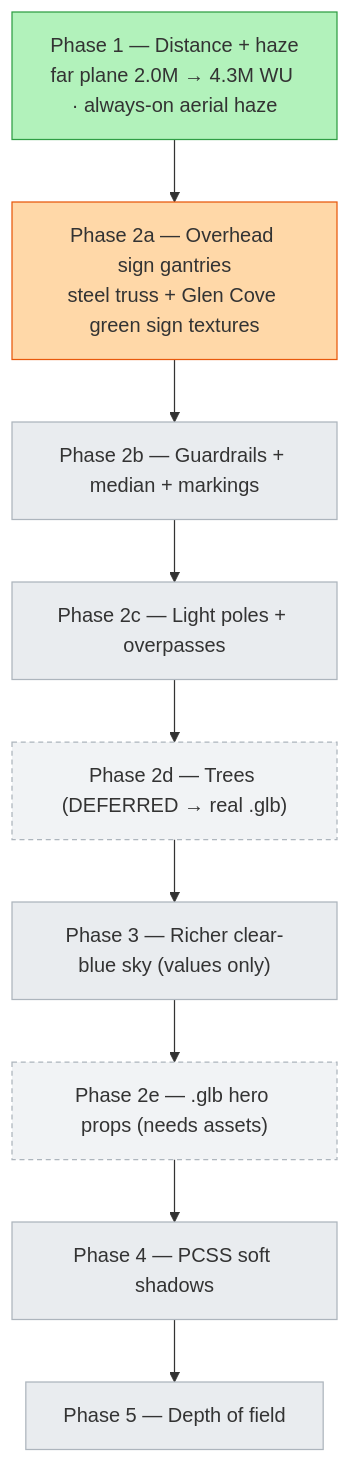
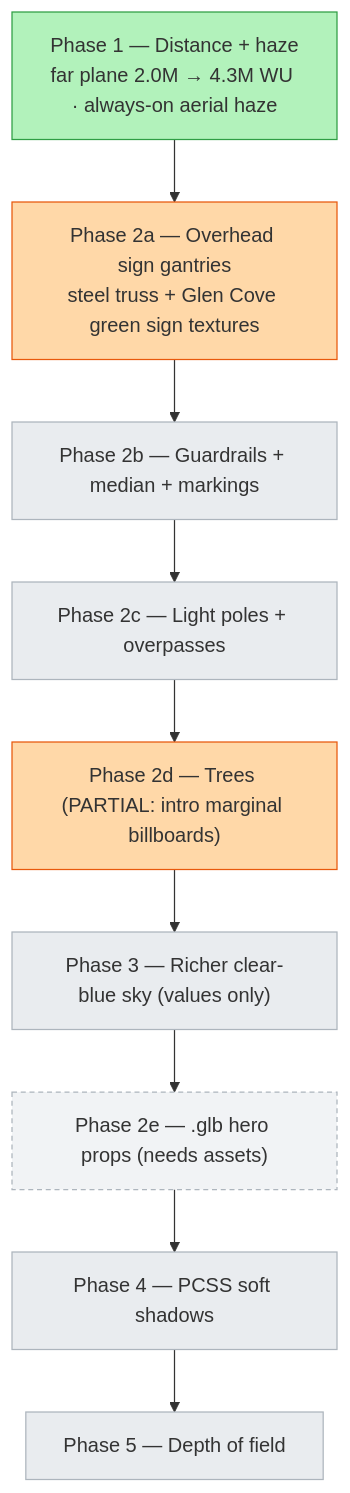
Before and after one commit to dabibhabi/swish: the first of 2 diagrams in docs/glen-cove-lie.md, drawn with Mermaid. The commit also changed other lines of this file and 400 other files, not shown here.

````diff
--- a/docs/glen-cove-lie.md
+++ b/docs/glen-cove-lie.md
@@ -37,17 +44,17 @@
 ```mermaid
 graph TD
   P1["Phase 1 — Distance + haze<br/>far plane 2.0M → 4.3M WU · always-on aerial haze"]:::done
   P2a["Phase 2a — Overhead sign gantries<br/>steel truss + Glen Cove green sign textures"]:::wip
   P2b["Phase 2b — Guardrails + median + markings"]:::todo
   P2c["Phase 2c — Light poles + overpasses"]:::todo
-  P2d["Phase 2d — Trees (DEFERRED → real .glb)"]:::defer
+  P2d["Phase 2d — Trees (PARTIAL: intro marginal billboards)"]:::wip
   P3["Phase 3 — Richer clear-blue sky (values only)"]:::todo
   P2e["Phase 2e — .glb hero props (needs assets)"]:::defer
   P4["Phase 4 — PCSS soft shadows"]:::todo
   P5["Phase 5 — Depth of field"]:::todo
   P1 --> P2a --> P2b --> P2c --> P2d --> P3 --> P2e --> P4 --> P5
   classDef done fill:#b2f2bb,stroke:#2f9e44;
   classDef wip fill:#ffd8a8,stroke:#e8590c;
   classDef todo fill:#e9ecef,stroke:#adb5bd;
   classDef defer fill:#f1f3f5,stroke:#adb5bd,stroke-dasharray:4 3;
 ```
````
